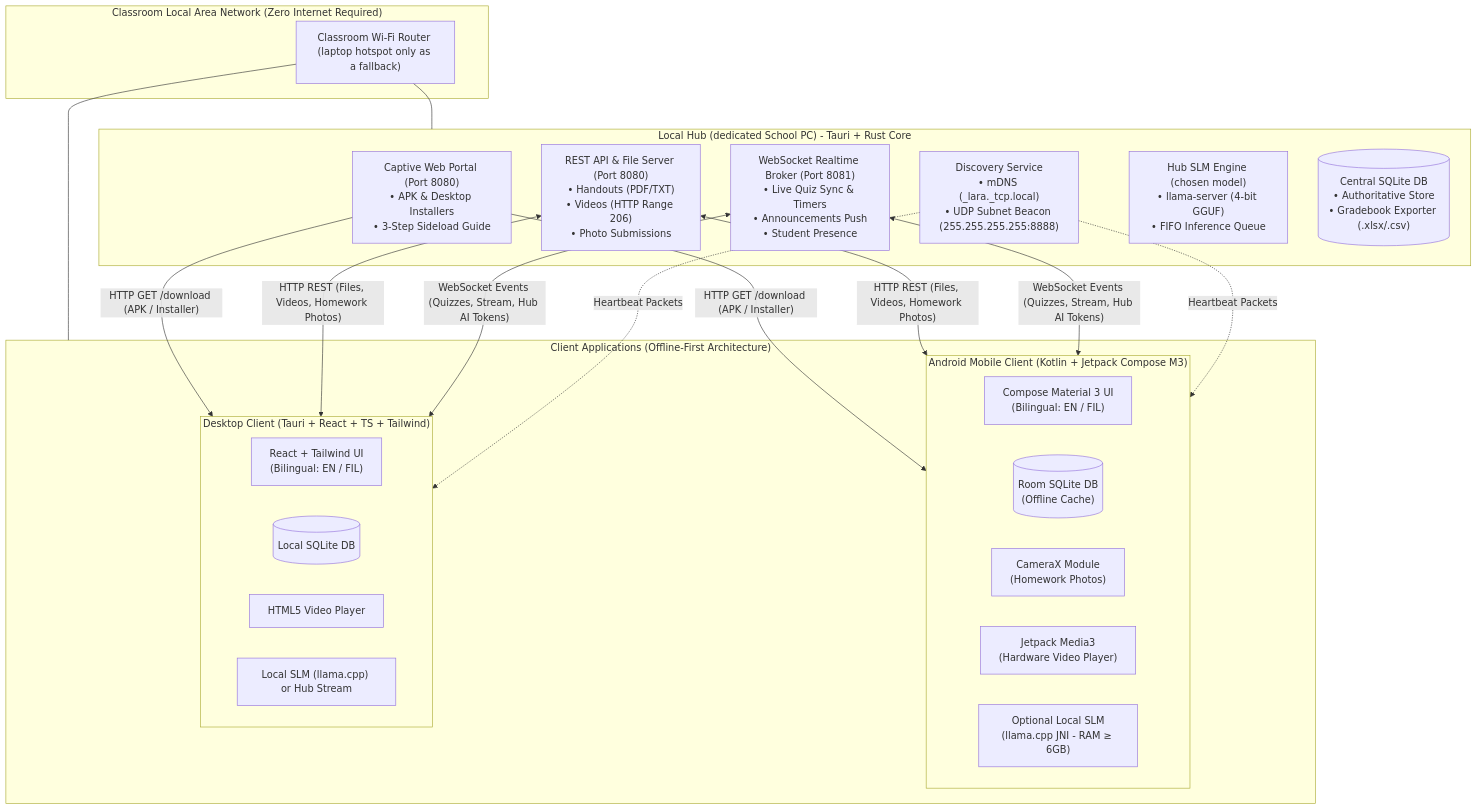
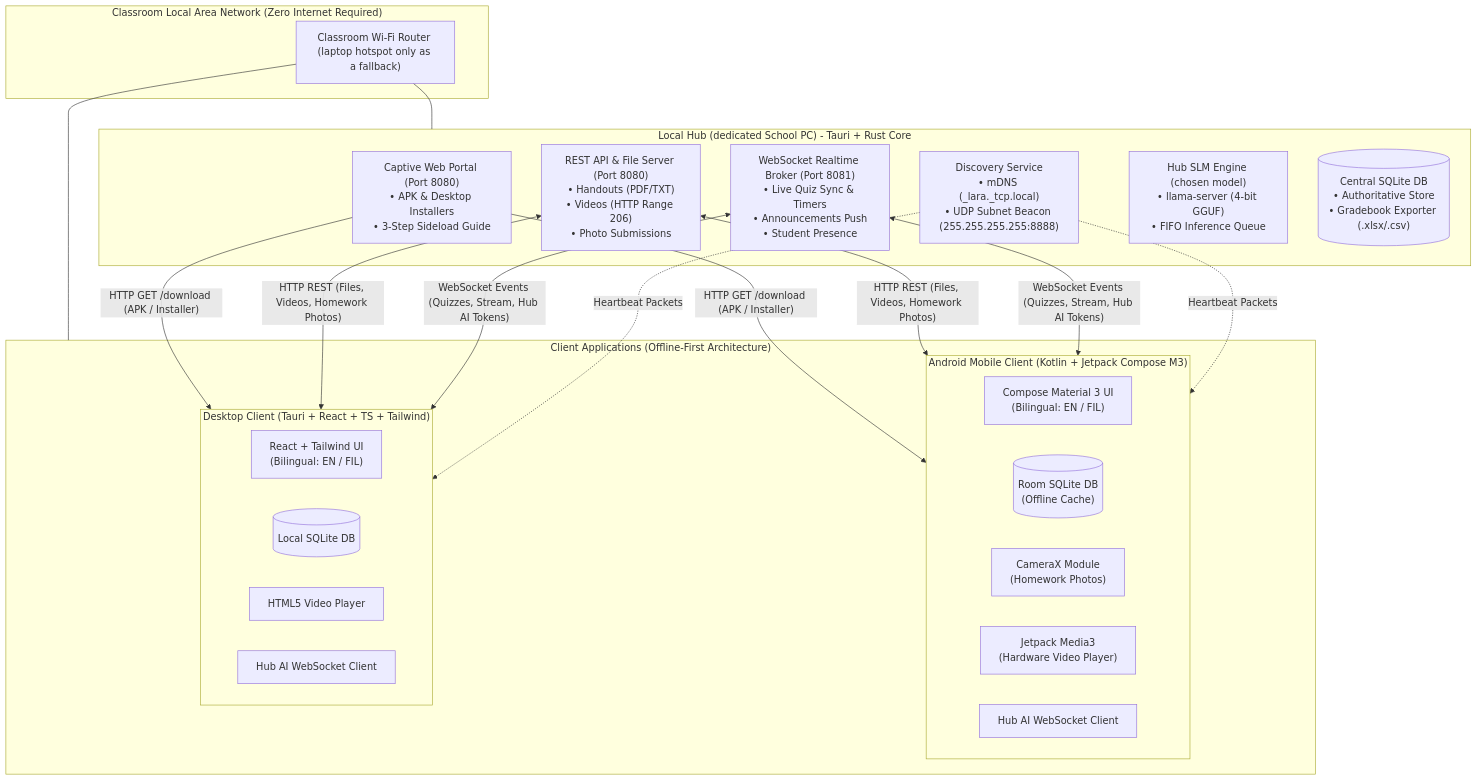
One commit to BootlegYouki/L.A.R.A changed the first of 5 diagrams in docs/PRD.md. Above: the diagram before and after it, drawn with Mermaid. The commit also changed other lines of this file and 27 other files, not shown here.

````diff
--- a/docs/PRD.md
+++ b/docs/PRD.md
@@ -50,40 +50,40 @@
 ```mermaid
 flowchart TD
  subgraph RouterArea["Classroom Local Area Network (Zero Internet Required)"]
  Router["Classroom Wi-Fi Router (laptop hotspot only as a fallback)"]
  end
 
  subgraph HubServer["Local Hub (dedicated School PC) - Tauri + Rust Core"]
  Captive["Captive Web Portal (Port 8080)<br/>• APK & Desktop Installers<br/>• 3-Step Sideload Guide"]
  RestEngine["REST API & File Server (Port 8080)<br/>• Handouts (PDF/TXT)<br/>• Videos (HTTP Range 206)<br/>• Photo Submissions"]
  WsBroker["WebSocket Realtime Broker (Port 8081)<br/>• Live Quiz Sync & Timers<br/>• Announcements Push<br/>• Student Presence"]
  Discovery["Discovery Service<br/>• mDNS (_lara._tcp.local)<br/>• UDP Subnet Beacon (255.255.255.255:8888)"]
  HubAI["Hub SLM Engine (chosen model)<br/>• llama-server (4-bit GGUF)<br/>• FIFO Inference Queue"]
  CentralDB[("Central SQLite DB<br/>• Authoritative Store<br/>• Gradebook Exporter (.xlsx/.csv)")]
  end
 
  subgraph ClientApps["Client Applications (Offline-First Architecture)"]
  subgraph AndroidClient["Android Mobile Client (Kotlin + Jetpack Compose M3)"]
  DroidUI["Compose Material 3 UI<br/>(Bilingual: EN / FIL)"]
  DroidRoom[("Room SQLite DB<br/>(Offline Cache)")]
  DroidCam["CameraX Module<br/>(Homework Photos)"]
  DroidMedia["Jetpack Media3<br/>(Hardware Video Player)"]
- DroidAI["Optional Local SLM<br/>(llama.cpp JNI - RAM ≥ 6GB)"]
+ DroidAI["Hub AI WebSocket Client"]
  end
 
  subgraph DesktopClient["Desktop Client (Tauri + React + TS + Tailwind)"]
  DeskUI["React + Tailwind UI<br/>(Bilingual: EN / FIL)"]
  DeskSQLite[("Local SQLite DB")]
  DeskVideo["HTML5 Video Player"]
- DeskAI["Local SLM (llama.cpp) or Hub Stream"]
+ DeskAI["Hub AI WebSocket Client"]
  end
  end
 
  Router --- HubServer
  Router --- ClientApps
 
  Captive -->|"HTTP GET /download (APK / Installer)"| AndroidClient & DesktopClient
  RestEngine <-->|"HTTP REST (Files, Videos, Homework Photos)"| AndroidClient & DesktopClient
  WsBroker <-->|"WebSocket Events (Quizzes, Stream, Hub AI Tokens)"| AndroidClient & DesktopClient
  Discovery -.->|"Heartbeat Packets"| AndroidClient & DesktopClient
 ```
````
